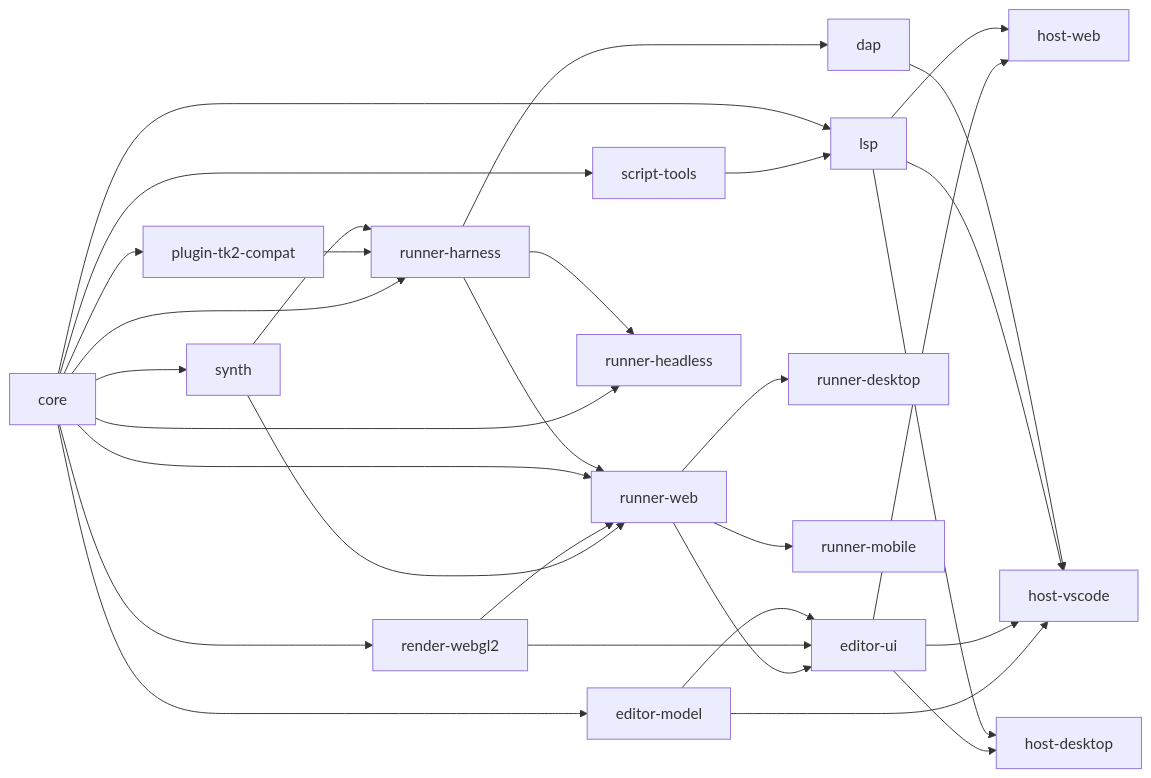
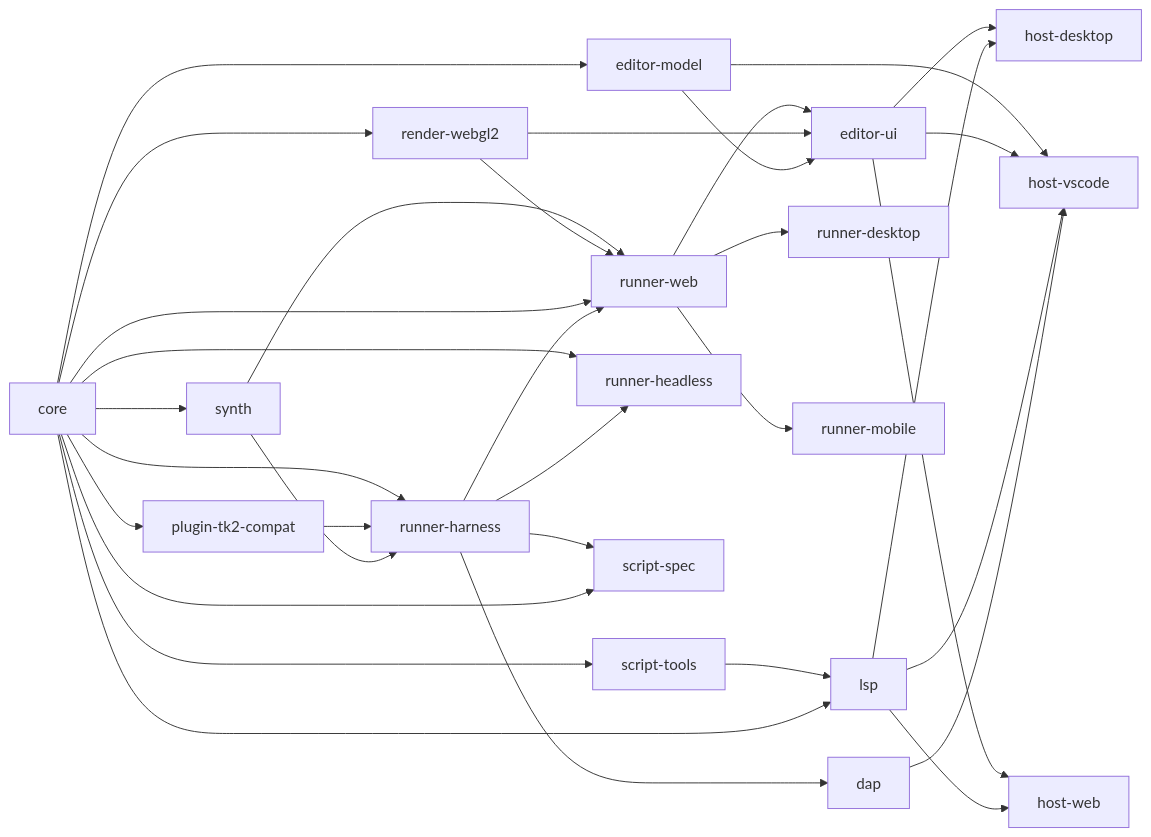
One commit to tk-reawakened/rpgtoolkit-reawakened changed the first of 3 diagrams in _bmad-output/initiative-rpgtoolkit-reawakened/architecture-rpgtoolkit-reawakened/architecture-rpgtoolkit-reawakened.md. Above: the diagram before and after it, drawn with Mermaid. The commit also changed 14 other files, not shown here.

````diff
--- a/_bmad-output/initiative-rpgtoolkit-reawakened/architecture-rpgtoolkit-reawakened/architecture-rpgtoolkit-reawakened.md
+++ b/_bmad-output/initiative-rpgtoolkit-reawakened/architecture-rpgtoolkit-reawakened/architecture-rpgtoolkit-reawakened.md
@@ -41,33 +41,35 @@
 ```mermaid
 graph LR
   core --> synth
   core --> renderwebgl2[render-webgl2]
   core --> runnerharness[runner-harness]
   core --> plugintk2compat[plugin-tk2-compat]
-  core --> scripttools[script-tools]
-  scripttools --> lsp
+  scripttools[script-tools] --> lsp
   plugintk2compat --> runnerharness
   core --> lsp
   core --> editormodel[editor-model]
   synth --> runnerharness
   synth --> runnerweb[runner-web]
   renderwebgl2 --> runnerweb
   core --> runnerheadless[runner-headless]
   core --> runnerweb
   runnerharness --> runnerweb
   runnerharness --> runnerheadless
   runnerharness --> dap
   runnerweb --> runnerdesktop[runner-desktop]
   runnerweb --> runnermobile[runner-mobile]
   runnerweb --> editorui[editor-ui]
   renderwebgl2 --> editorui
   editormodel --> editorui
   editormodel --> hostvscode[host-vscode]
   editorui --> hostvscode
   editorui --> hostweb[host-web]
   editorui --> hostdesktop[host-desktop]
   lsp --> hostvscode
   lsp --> hostweb
   lsp --> hostdesktop
   dap --> hostvscode
+  runnerharness --> scriptspec[script-spec]
+  core --> scripttools
+  core --> scriptspec
 ```
````
